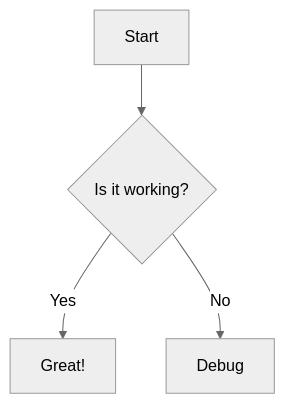
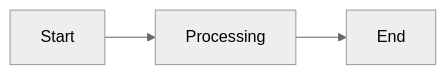
Before and after one commit to rgonek/confluence-markdown-sync: the first of 2 diagrams in Technical documentation (TD)/Test-Extensions.md, drawn with Mermaid (neutral theme). The commit also changed other lines of this file, not shown here.

````diff
--- a/Technical documentation (TD)/Test-Extensions.md
+++ b/Technical documentation (TD)/Test-Extensions.md
@@ -13,6 +13,5 @@
 ```mermaid
-graph TD
-    A[Start] --> B{Is it working?}
-    B -- Yes --> C[Great!]
-    B -- No --> D[Debug]
+graph LR
+    A[Start] --> B[Processing]
+    B --> C[End]
 ```
````
